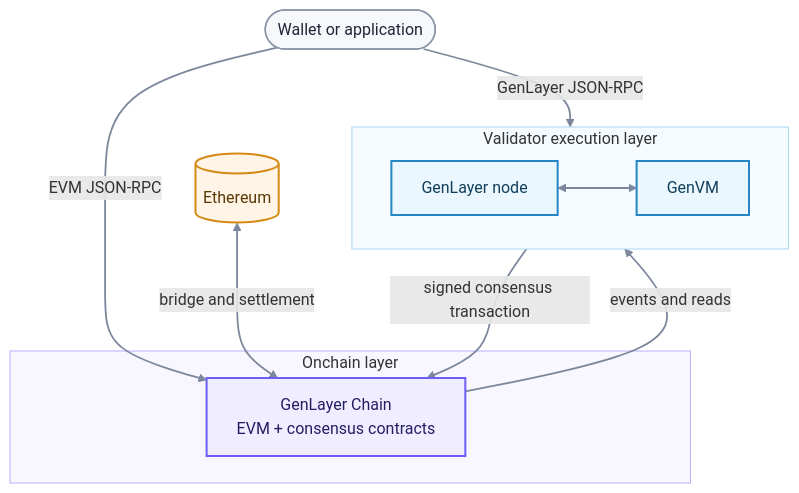
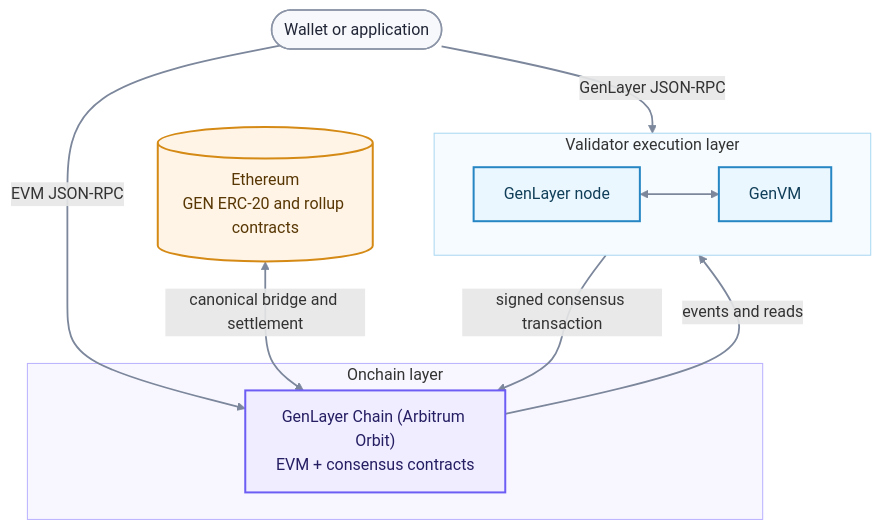
Before and after one commit to genlayerlabs/genlayer-docs: the diagram in pages/understand-genlayer-protocol/core-concepts/rollup-integration.mdx, drawn with Mermaid. The commit also changed other lines of this file and 10 other files, not shown here.

First line of the commit message:
docs: describe GenLayer Chain as an Arbitrum Orbit chain

````diff
--- a/pages/understand-genlayer-protocol/core-concepts/rollup-integration.mdx
+++ b/pages/understand-genlayer-protocol/core-concepts/rollup-integration.mdx
@@ -9,33 +15,33 @@
 ```mermaid
 %%{init: {"flowchart": {"curve": "basis", "nodeSpacing": 48, "rankSpacing": 54, "htmlLabels": true}}}%%
 flowchart TB
     Client(["Wallet or application"])
-    Ethereum[("Ethereum")]
+    Ethereum[("Ethereum<br/>GEN ERC-20 and rollup contracts")]
 
     subgraph Onchain["Onchain layer"]
-        Chain["GenLayer Chain<br/>EVM + consensus contracts"]
+        Chain["GenLayer Chain (Arbitrum Orbit)<br/>EVM + consensus contracts"]
     end
 
     subgraph Offchain["Validator execution layer"]
         direction LR
         Node["GenLayer node"] <--> VM["GenVM"]
     end
 
     Client -->|"EVM JSON-RPC"| Chain
     Client -->|"GenLayer JSON-RPC"| Node
-    Ethereum <-->|"bridge and settlement"| Chain
+    Ethereum <-->|"canonical bridge and settlement"| Chain
     Chain -->|"events and reads"| Node
     Node -->|"signed consensus transaction"| Chain
 
     classDef actor fill:#F7F8FC,stroke:#8B95A7,color:#202536,stroke-width:1.5px;
     classDef settlement fill:#FFF4E5,stroke:#D58A16,color:#583705,stroke-width:2px;
     classDef chain fill:#EFEDFF,stroke:#6D5DF5,color:#251E63,stroke-width:2px;
     classDef compute fill:#EAF7FF,stroke:#2686C4,color:#113F59,stroke-width:2px;
     class Client actor;
     class Ethereum settlement;
     class Chain chain;
     class Node,VM compute;
     style Onchain fill:#F8F7FF,stroke:#B9B0FF,stroke-width:1px
     style Offchain fill:#F5FBFF,stroke:#A8D7F2,stroke-width:1px
     linkStyle default stroke:#7C879C,stroke-width:1.8px;
 ```
````
